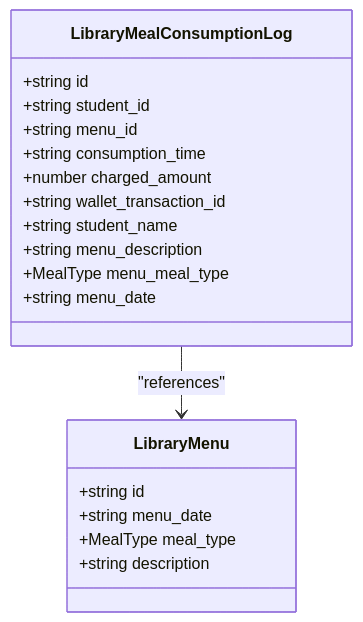
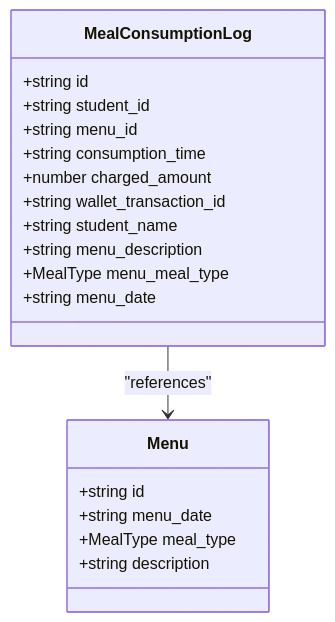
The ninth of 10 diagrams in .qoder/repowiki/en/content/Modules System/Nutrition Module.md (geniusdynamics/schoolpilot), drawn with Mermaid before and after one commit. The commit also changed other lines of this file and 311 other files, not shown here.

````diff
--- a/.qoder/repowiki/en/content/Modules System/Nutrition Module.md
+++ b/.qoder/repowiki/en/content/Modules System/Nutrition Module.md
@@ -1509,22 +469,22 @@
 ```mermaid
 classDiagram
-class LibraryMealConsumptionLog {
+class MealConsumptionLog {
 +string id
 +string student_id
 +string menu_id
 +string consumption_time
 +number charged_amount
 +string wallet_transaction_id
 +string student_name
 +string menu_description
 +MealType menu_meal_type
 +string menu_date
 }
-class LibraryMenu {
+class Menu {
 +string id
 +string menu_date
 +MealType meal_type
 +string description
 }
-LibraryMealConsumptionLog --> LibraryMenu : "references"
+MealConsumptionLog --> Menu : "references"
 ```
````
